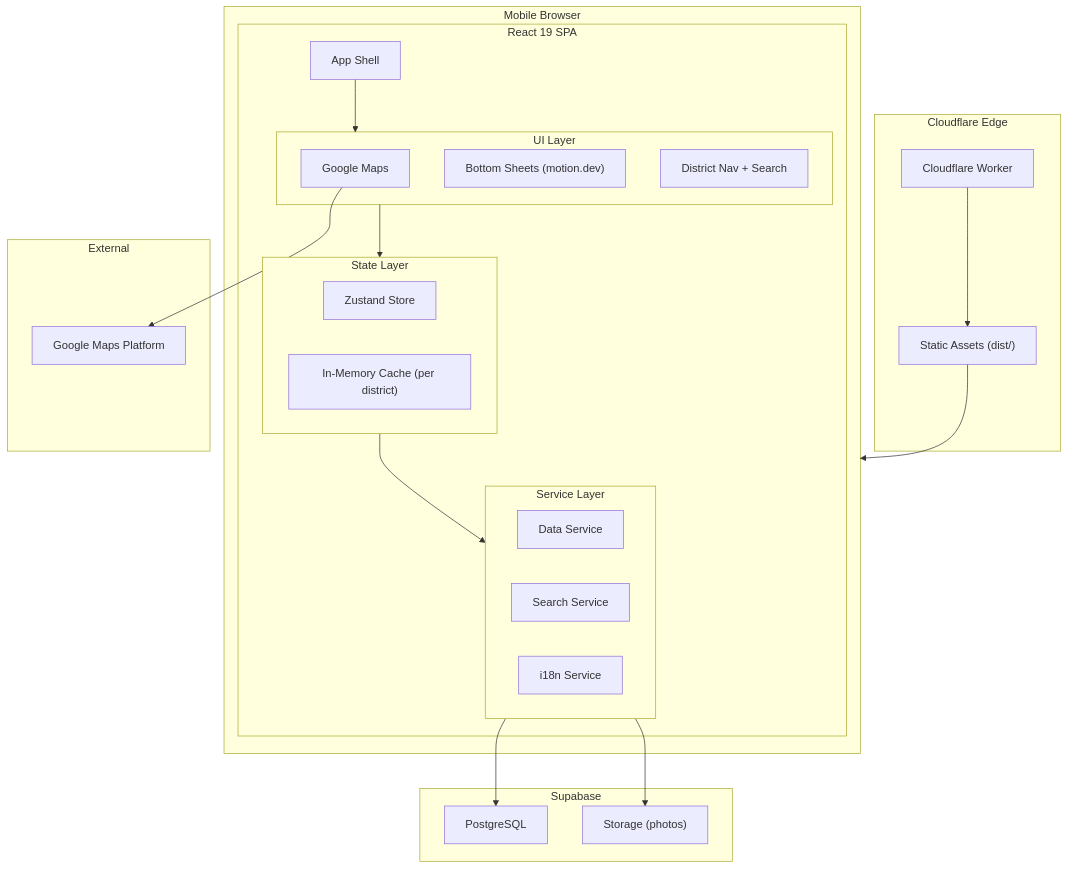
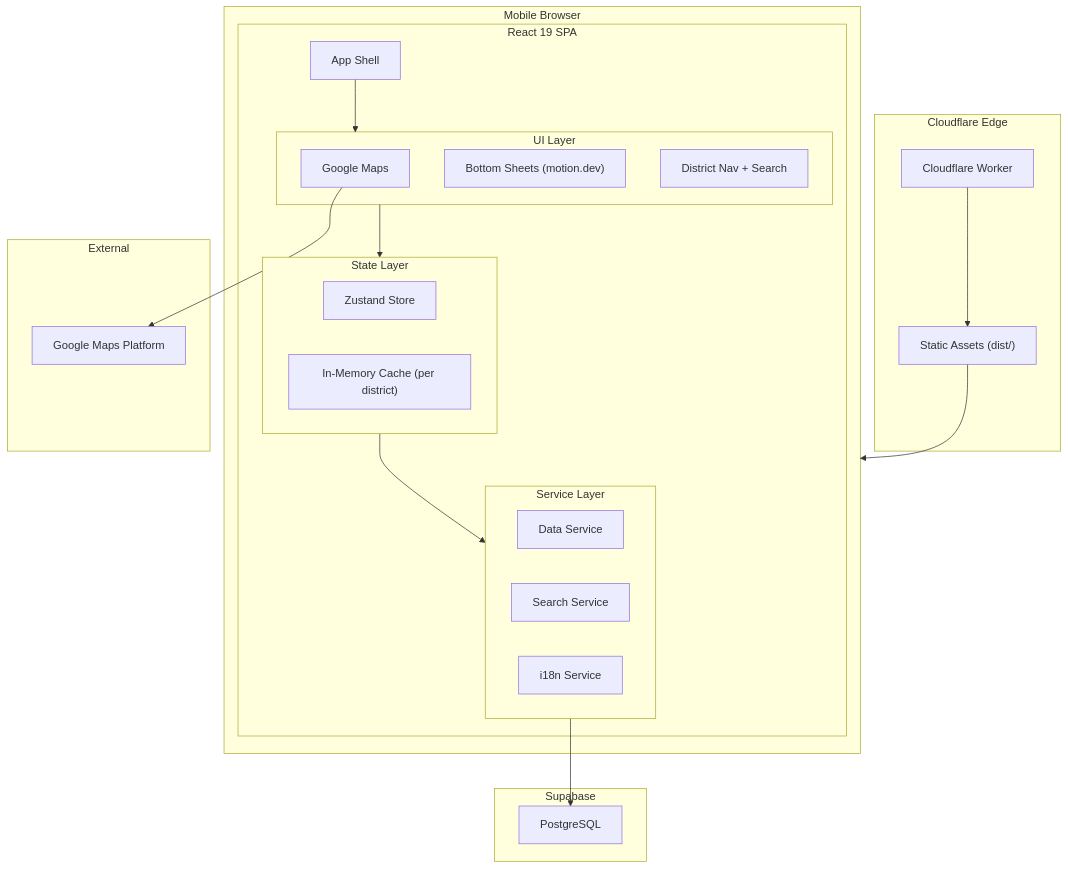
Before and after one commit to daangn-summit-2026-hackathon/matzip: the diagram in aidlc-docs/construction/matzip-map/nfr-design/logical-components.md, drawn with Mermaid. The commit also changed other lines of this file and 14 other files, not shown here.

````diff
--- a/aidlc-docs/construction/matzip-map/nfr-design/logical-components.md
+++ b/aidlc-docs/construction/matzip-map/nfr-design/logical-components.md
@@ -5,48 +5,46 @@
 ```mermaid
 graph TB
     subgraph Browser["Mobile Browser"]
         subgraph App["React 19 SPA"]
             Router["App Shell"]
             
             subgraph UILayer["UI Layer"]
                 Map["Google Maps"]
                 Panels["Bottom Sheets (motion.dev)"]
                 Nav["District Nav + Search"]
             end
             
             subgraph StateLayer["State Layer"]
                 Store["Zustand Store"]
                 Cache["In-Memory Cache (per district)"]
             end
             
             subgraph ServiceLayer["Service Layer"]
                 DataSvc["Data Service"]
                 SearchSvc["Search Service"]
                 I18nSvc["i18n Service"]
             end
         end
     end
     
     subgraph Edge["Cloudflare Edge"]
         Worker["Cloudflare Worker"]
         Assets["Static Assets (dist/)"]
     end
     
     subgraph Backend["Supabase"]
         DB["PostgreSQL"]
-        Storage["Storage (photos)"]
     end
     
     subgraph External["External"]
         GMaps["Google Maps Platform"]
     end
     
     Router --> UILayer
     UILayer --> StateLayer
     StateLayer --> ServiceLayer
     ServiceLayer --> DB
-    ServiceLayer --> Storage
     Map --> GMaps
     Worker --> Assets
     Assets --> Browser
 ```
````
